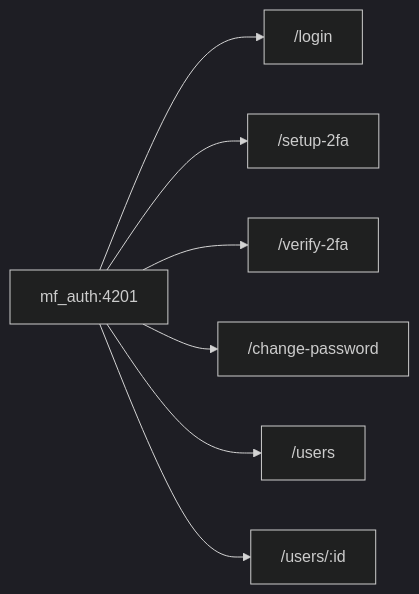
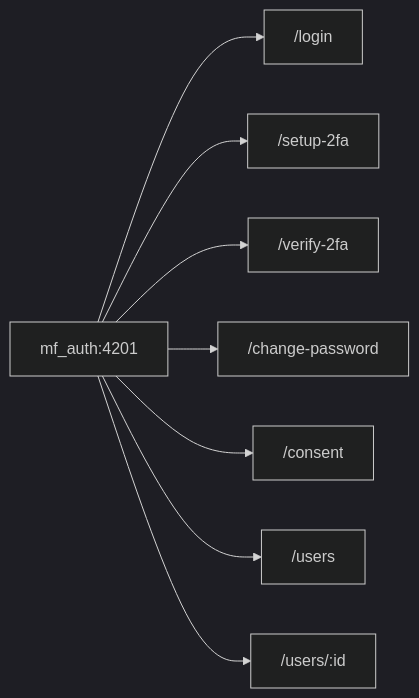
One commit to jdtovar07/MSPI_NVA_CO_DOCS changed the fifth of 6 diagrams in Documentacion-Frontend/mf_auth/03-Diseno.md. Above: the diagram before and after it, drawn with Mermaid (dark theme). The commit also changed other lines of this file and 3 other files, not shown here.

````diff
--- a/Documentacion-Frontend/mf_auth/03-Diseno.md
+++ b/Documentacion-Frontend/mf_auth/03-Diseno.md
@@ -336,10 +338,11 @@
 ```mermaid
 flowchart LR
     Root["mf_auth:4201"]
     Root --> R0["/login"]
     Root --> R1["/setup-2fa"]
     Root --> R2["/verify-2fa"]
     Root --> R3["/change-password"]
-    Root --> R4["/users"]
-    Root --> R5["/users/:id"]
+    Root --> R4["/consent"]
+    Root --> R5["/users"]
+    Root --> R6["/users/:id"]
 ```
````
